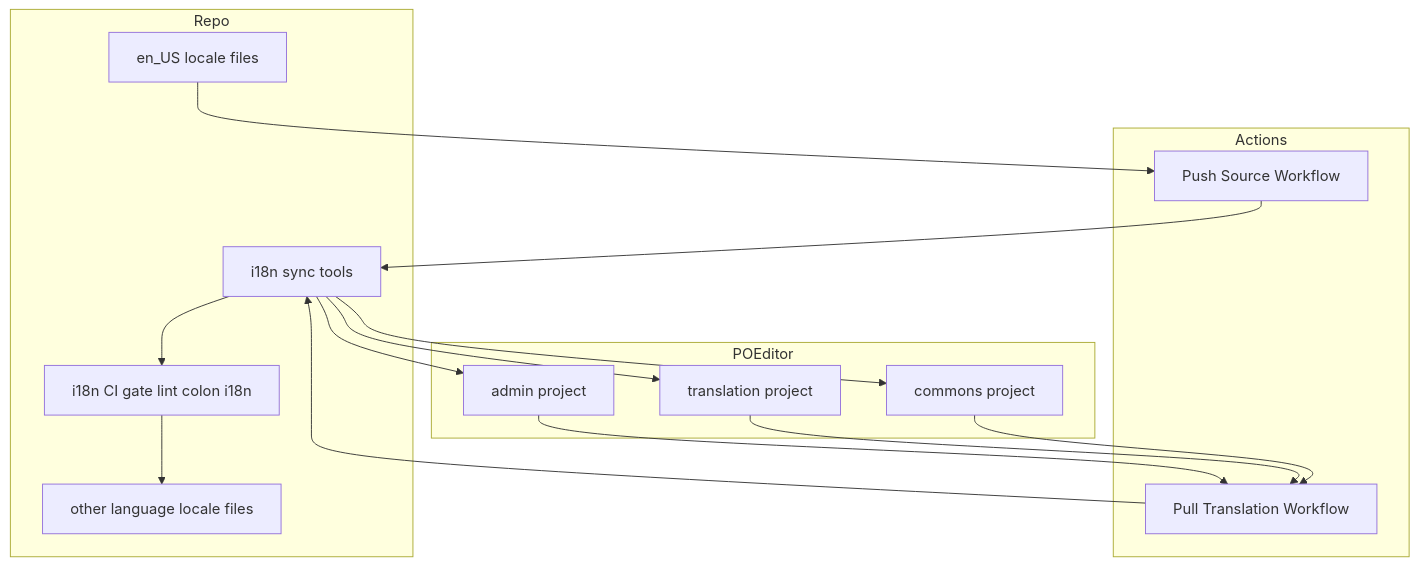
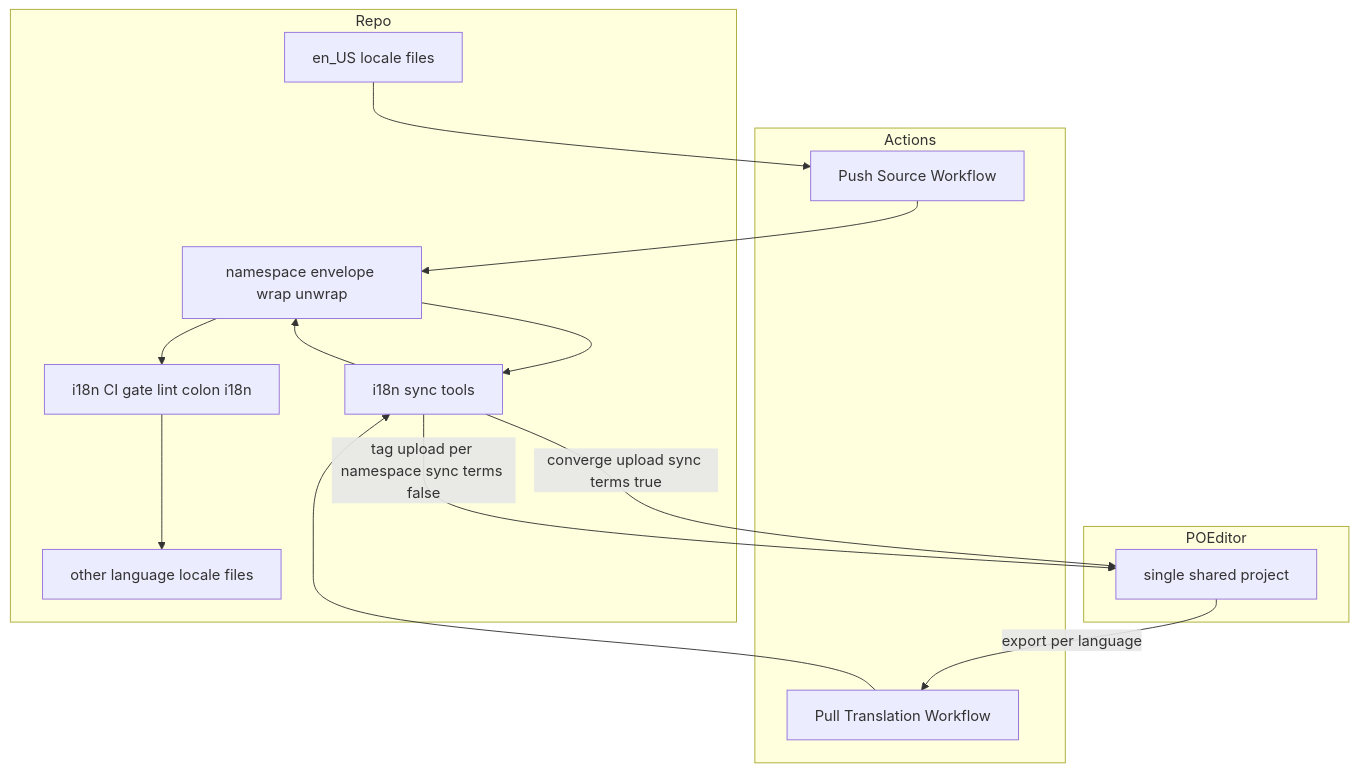
The first of 3 diagrams in .kiro/specs/i18n-community-translation/design.md (thr3a/growi), drawn with Mermaid before and after one commit. The commit also changed other lines of this file and 1 other file, not shown here.

First line of the commit message:
docs(i18n-community-translation): design.mdを単一共有POEditorプロジェクト構成へ書き換え

````diff
--- a/.kiro/specs/i18n-community-translation/design.md
+++ b/.kiro/specs/i18n-community-translation/design.md
@@ -65,33 +69,31 @@
 ```mermaid
 graph TB
     subgraph Repo
         SourceLocale[en_US locale files]
         OtherLocale[other language locale files]
         AuditGate[i18n CI gate lint colon i18n]
+        Envelope[namespace envelope wrap unwrap]
         SyncTools[i18n sync tools]
     end
 
     subgraph Actions
         PushWorkflow[Push Source Workflow]
         PullWorkflow[Pull Translation Workflow]
     end
 
     subgraph POEditor
-        AdminProject[admin project]
-        TranslationProject[translation project]
-        CommonsProject[commons project]
+        SharedProject[single shared project]
     end
 
     SourceLocale --> PushWorkflow
-    PushWorkflow --> SyncTools
-    SyncTools --> AdminProject
-    SyncTools --> TranslationProject
-    SyncTools --> CommonsProject
+    PushWorkflow --> Envelope
+    Envelope --> SyncTools
+    SyncTools -->|converge upload sync terms true| SharedProject
+    SyncTools -->|tag upload per namespace sync terms false| SharedProject
 
-    AdminProject --> PullWorkflow
-    TranslationProject --> PullWorkflow
-    CommonsProject --> PullWorkflow
+    SharedProject -->|export per language| PullWorkflow
     PullWorkflow --> SyncTools
-    SyncTools --> AuditGate
+    SyncTools --> Envelope
+    Envelope --> AuditGate
     AuditGate --> OtherLocale
 ```
````
